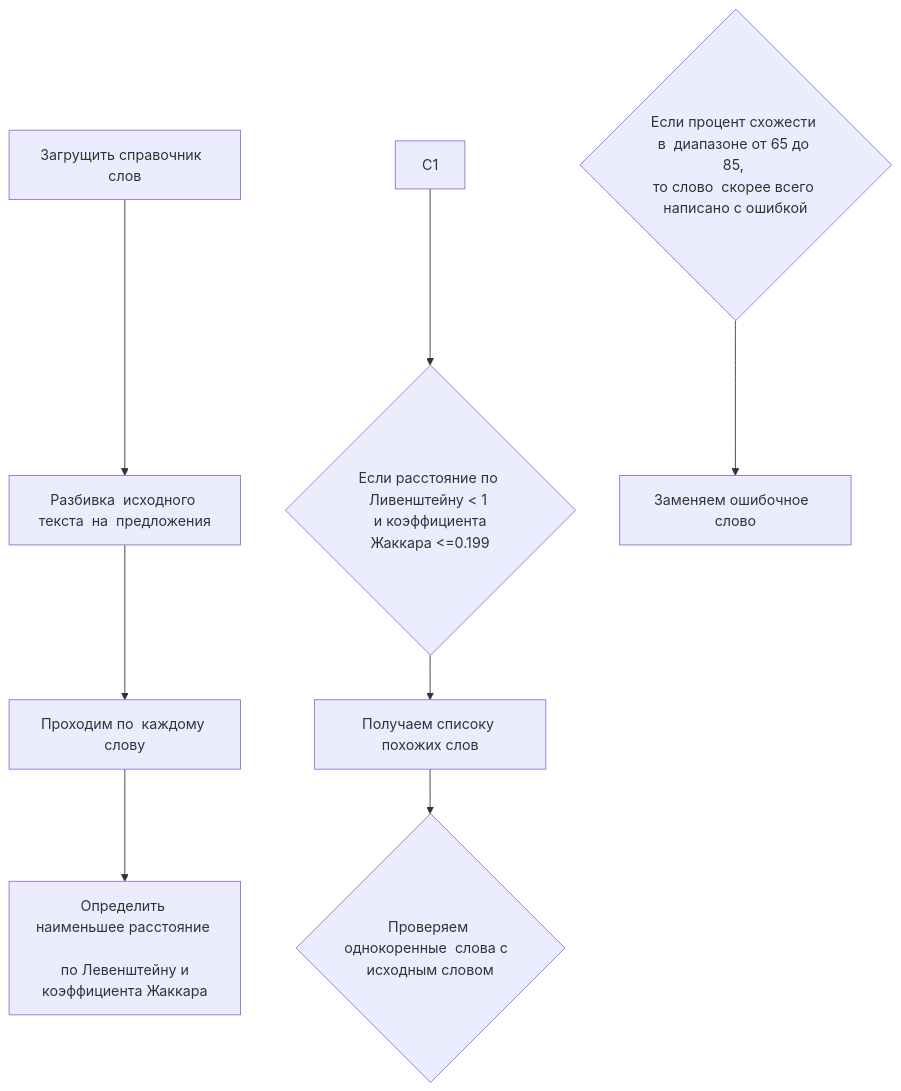
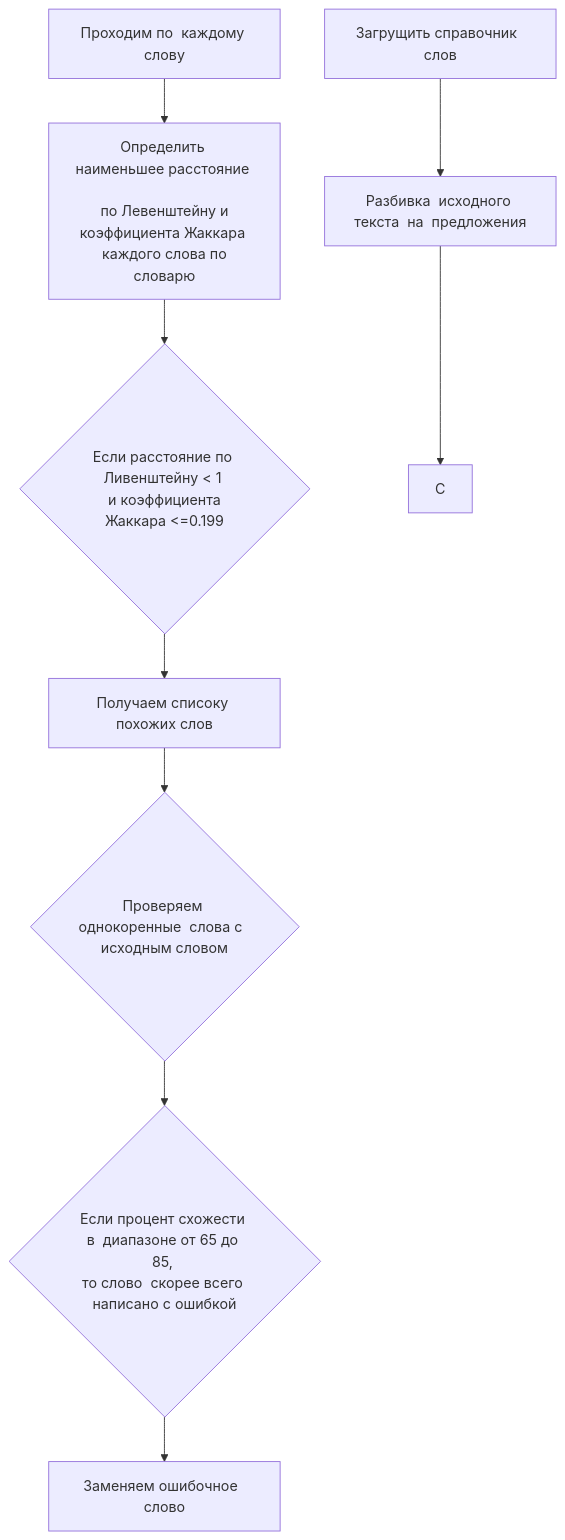
The diagram in README.MD (Barolina/search_spelling_errors), drawn with Mermaid before and after one commit.

````diff
--- a/README.MD
+++ b/README.MD
@@ -17,18 +17,22 @@
 ```mermaid
 flowchart TB
 	A[Загрущить справочник  слов]
-	A --> B
-	B[Разбивка  исходного текста  на  предложения] --> С[Проходим по  каждому слову]		
-	С1[Определить наименьшее расстояние  \n по Левенштейну и коэффициента Жаккара]
-	С --> С1
+	B[Разбивка  исходного текста  на  предложения]
+	С[Проходим по  каждому слову]		
+	M[Определить наименьшее расстояние  \n по Левенштейну и коэффициента Жаккара \n каждого слова по словарю]
 	D{Если расстояние по Ливенштейну < 1 \n и коэффициента Жаккара <=0.199}
-	C1 --> D
-	D --> H[Получаем списоку похожих слов]
+	H[Получаем списоку похожих слов]
 	J{Проверяем однокоренные  слова с  исходным словом}
-	H --> J
 	K{Если процент схожести в  диапазоне от 65 до 85, \n то слово  скорее всего  написано с ошибкой}
 	L[Заменяем ошибочное  слово]
+	A --> B
+	B --> C	 	
+	С --> M	
+	M --> D
+	D --> H	
+	H --> J
+	J --> K	
 	K --> L
 	
 
 ```
````
